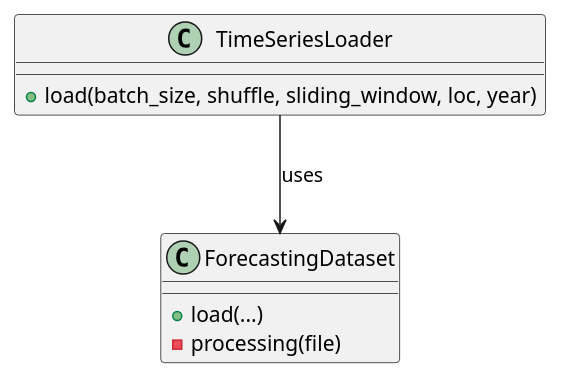
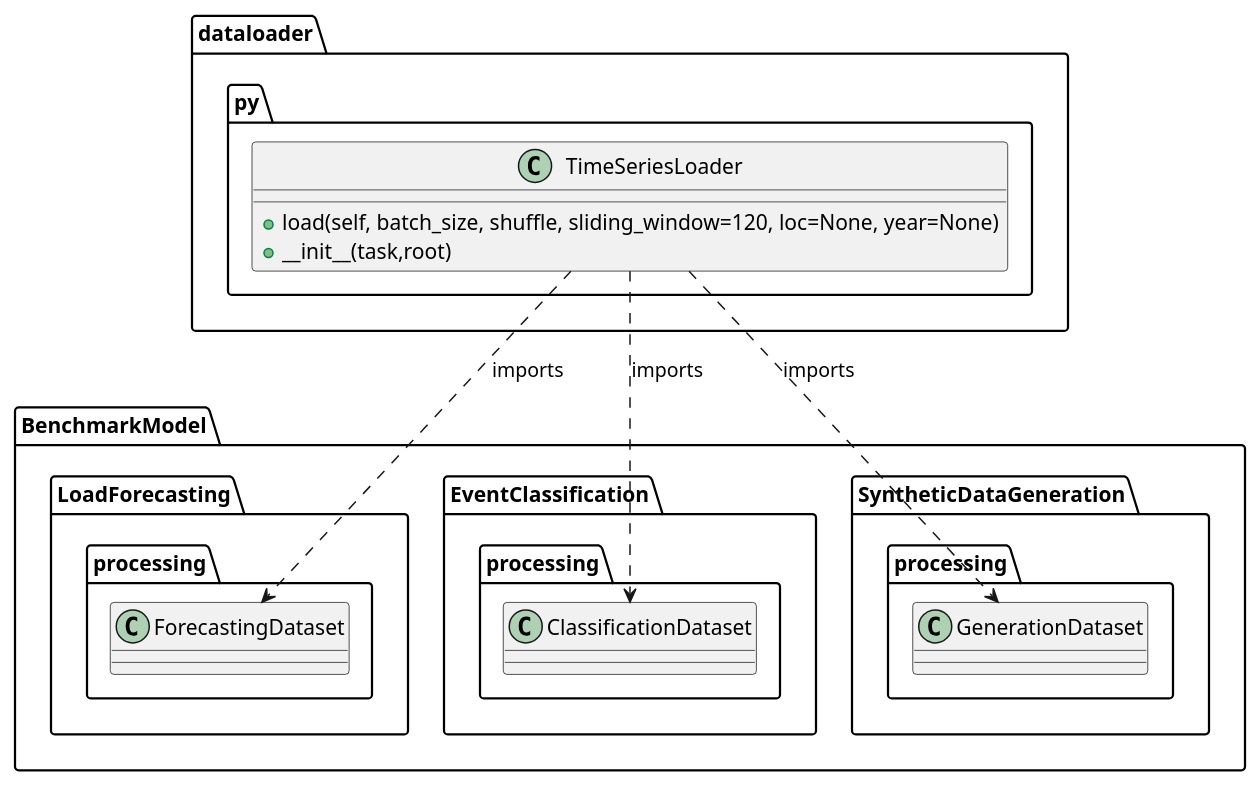
Before and after one commit to lukas-luekte-ds/thesis_lf_cnn: the diagram in diagrams/architecture.puml, drawn with PlantUML. The commit also changed other lines of this file and 2 other files, not shown here.

Commit message:
added UML and updated notebook

```diff
--- a/diagrams/architecture.puml
+++ b/diagrams/architecture.puml
@@ -2,12 +1,23 @@
 @startuml
-class TimeSeriesLoader {
-    +load(batch_size, shuffle, sliding_window, loc, year)
+
+package "BenchmarkModel.LoadForecasting.processing" {
+    class ForecastingDataset
+}
+package "BenchmarkModel.EventClassification.processing" {
+    class ClassificationDataset
+}
+package "BenchmarkModel.SyntheticDataGeneration.processing" {
+    class GenerationDataset
+}
+package "dataloader.py" {
+    class TimeSeriesLoader {
+        +load(self, batch_size, shuffle, sliding_window=120, loc=None, year=None)
+        +__init__(task,root)
+    }
 }
 
-class ForecastingDataset {
-    +load(...)
-    -processing(file)
-}
+TimeSeriesLoader ..> ForecastingDataset : imports
+TimeSeriesLoader ..> ClassificationDataset : imports
+TimeSeriesLoader ..> GenerationDataset : imports
 
-TimeSeriesLoader --> ForecastingDataset : uses
 @enduml
```
